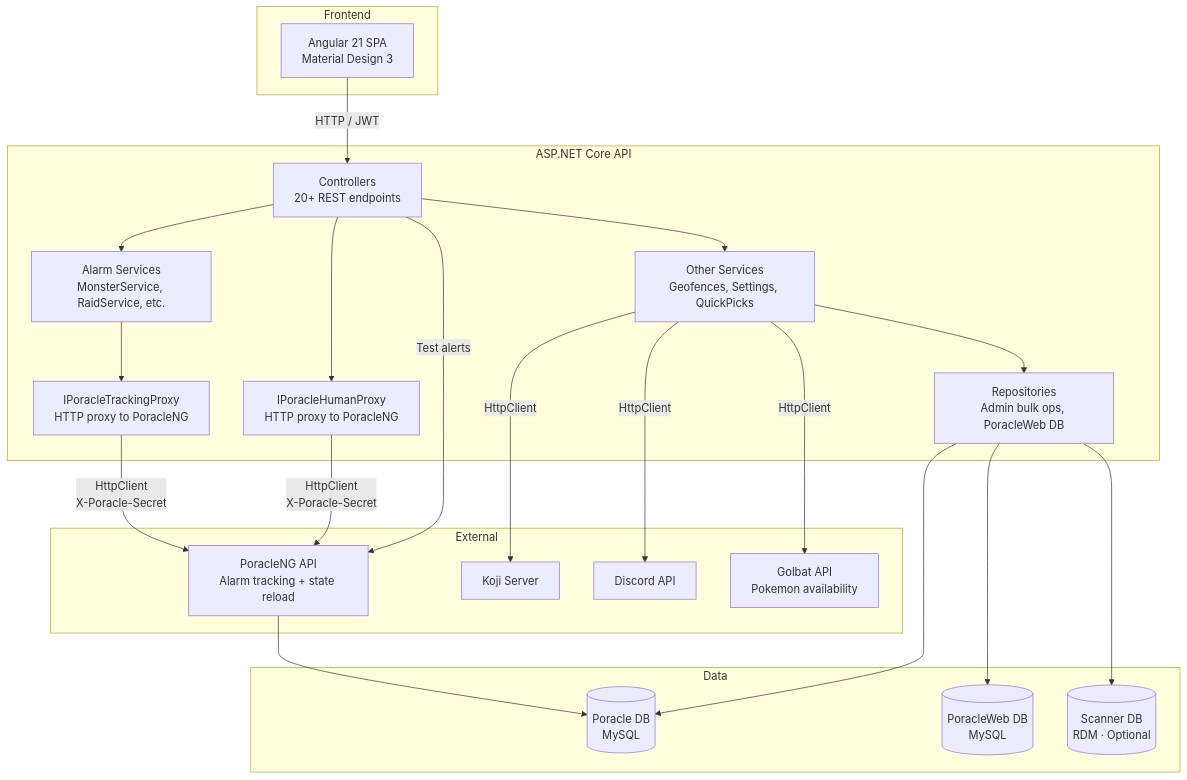
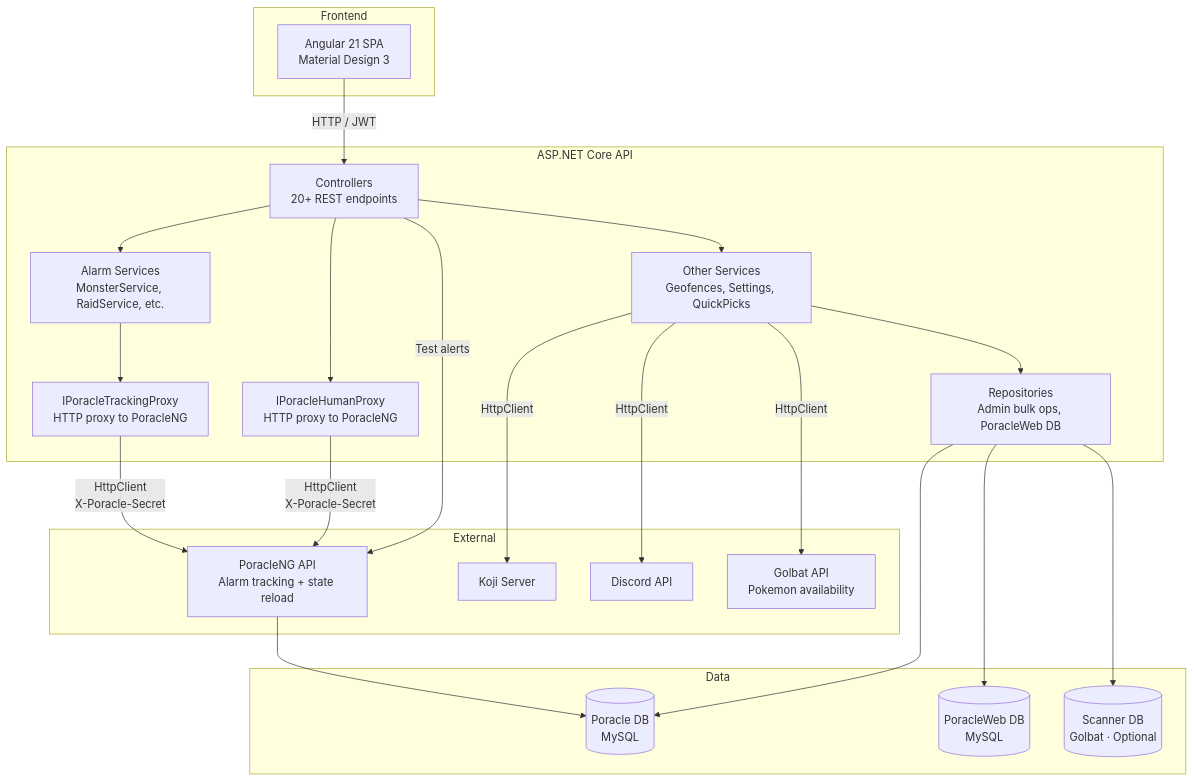
One commit to PGAN-Dev/PoracleWeb.NET changed the diagram in docs/architecture/overview.md. Above: the diagram before and after it, drawn with Mermaid. The commit also changed other lines of this file and 6 other files, not shown here.

First line of the commit message:
docs: update scanner examples to reference Golbat (#232)

````diff
--- a/docs/architecture/overview.md
+++ b/docs/architecture/overview.md
@@ -34,45 +34,45 @@
 ```mermaid
 graph TB
     subgraph Frontend
         Angular[Angular 21 SPA<br/>Material Design 3]
     end
 
     subgraph Backend["ASP.NET Core API"]
         Controllers[Controllers<br/>20+ REST endpoints]
         AlarmServices[Alarm Services<br/>MonsterService, RaidService, etc.]
         TrackingProxy[IPoracleTrackingProxy<br/>HTTP proxy to PoracleNG]
         HumanProxy[IPoracleHumanProxy<br/>HTTP proxy to PoracleNG]
         OtherServices[Other Services<br/>Geofences, Settings, QuickPicks]
         Repositories[Repositories<br/>Admin bulk ops, PoracleWeb DB]
     end
 
     subgraph Data
         PoracleDB[(Poracle DB<br/>MySQL)]
         WebDB[(PoracleWeb DB<br/>MySQL)]
-        ScannerDB[(Scanner DB<br/>RDM · Optional)]
+        ScannerDB[(Scanner DB<br/>Golbat · Optional)]
     end
 
     subgraph External
         PoracleNG[PoracleNG API<br/>Alarm tracking + state reload]
         Koji[Koji Server]
         Discord[Discord API]
         Golbat[Golbat API<br/>Pokemon availability]
     end
 
     Angular -->|HTTP / JWT| Controllers
     Controllers --> AlarmServices
     Controllers --> OtherServices
     AlarmServices --> TrackingProxy
     Controllers --> HumanProxy
     TrackingProxy -->|HttpClient<br/>X-Poracle-Secret| PoracleNG
     HumanProxy -->|HttpClient<br/>X-Poracle-Secret| PoracleNG
     PoracleNG --> PoracleDB
     OtherServices --> Repositories
     Repositories --> PoracleDB
     Repositories --> WebDB
     Repositories --> ScannerDB
     OtherServices -->|HttpClient| Koji
     OtherServices -->|HttpClient| Discord
     OtherServices -->|HttpClient| Golbat
     Controllers -->|Test alerts| PoracleNG
 ```
````
